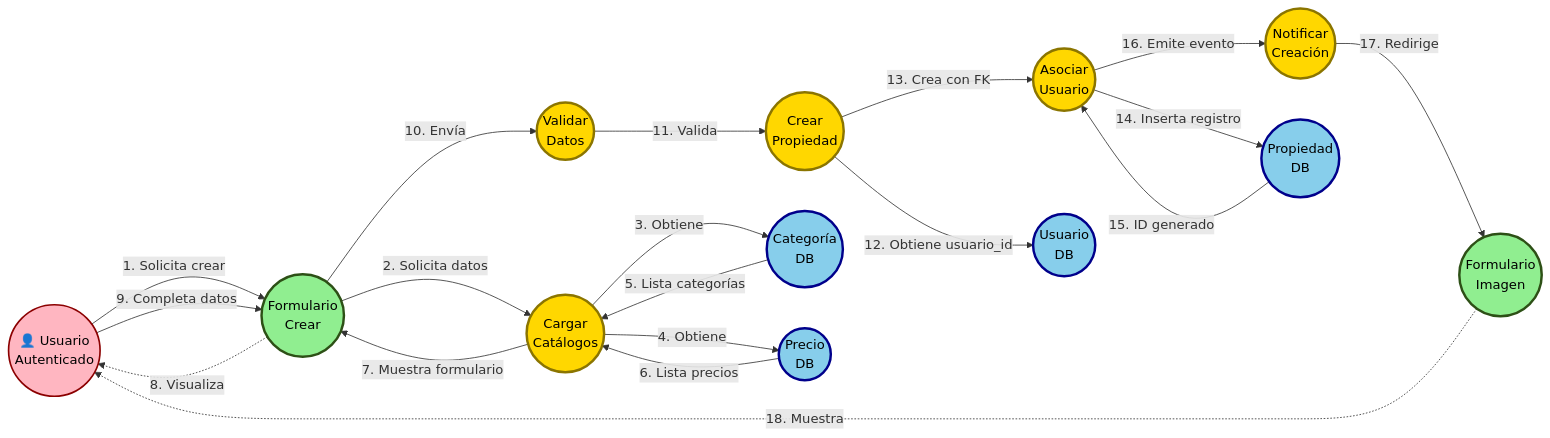
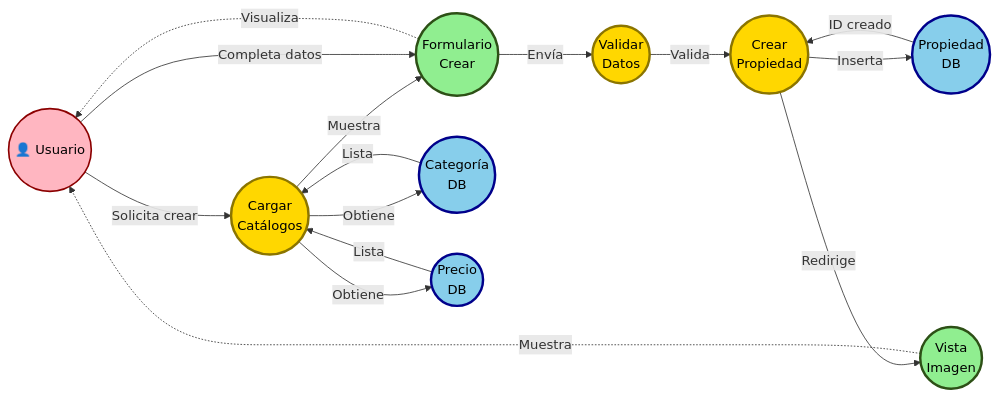
The third of 5 diagrams in diagrama-robustez-uml.md (cgala/TFI_HybridParking), drawn with Mermaid before and after one commit. The commit also changed other lines of this file and 1 other file, not shown here.

First line of the commit message:
Refactor: Optimizar diagramas de robustez UML

````diff
--- a/diagrama-robustez-uml.md
+++ b/diagrama-robustez-uml.md
@@ -169,51 +151,43 @@
 ```mermaid
 graph LR
-    Actor((👤 Usuario<br/>Autenticado))
+    Actor((👤 Usuario))
 
     %% BOUNDARIES
     B1((Formulario<br/>Crear))
-    B2((Formulario<br/>Imagen))
+    B2((Vista<br/>Imagen))
 
     %% CONTROLS
     C1((Cargar<br/>Catálogos))
     C2((Validar<br/>Datos))
     C3((Crear<br/>Propiedad))
-    C4((Asociar<br/>Usuario))
-    C5((Notificar<br/>Creación))
 
     %% ENTITIES
     E1((Categoría<br/>DB))
     E2((Precio<br/>DB))
     E3((Propiedad<br/>DB))
-    E4((Usuario<br/>DB))
 
-    Actor -->|1. Solicita crear| B1
-    B1 -->|2. Solicita datos| C1
-    C1 -->|3. Obtiene| E1
-    C1 -->|4. Obtiene| E2
-    E1 -->|5. Lista categorías| C1
-    E2 -->|6. Lista precios| C1
-    C1 -->|7. Muestra formulario| B1
-    B1 -.->|8. Visualiza| Actor
-
-    Actor -->|9. Completa datos| B1
-    B1 -->|10. Envía| C2
-    C2 -->|11. Valida| C3
-    C3 -->|12. Obtiene usuario_id| E4
-    C3 -->|13. Crea con FK| C4
-    C4 -->|14. Inserta registro| E3
-    E3 -->|15. ID generado| C4
-    C4 -->|16. Emite evento| C5
-    C5 -->|17. Redirige| B2
-    B2 -.->|18. Muestra| Actor
+    Actor -->|Solicita crear| C1
+    C1 -->|Obtiene| E1
+    C1 -->|Obtiene| E2
+    E1 -->|Lista| C1
+    E2 -->|Lista| C1
+    C1 -->|Muestra| B1
+    B1 -.->|Visualiza| Actor
+    Actor -->|Completa datos| B1
+    B1 -->|Envía| C2
+    C2 -->|Valida| C3
+    C3 -->|Inserta| E3
+    E3 -->|ID creado| C3
+    C3 -->|Redirige| B2
+    B2 -.->|Muestra| Actor
 
     classDef boundary fill:#90EE90,stroke:#2d5016,stroke-width:3px,color:#000
     classDef control fill:#FFD700,stroke:#8B7500,stroke-width:3px,color:#000
     classDef entity fill:#87CEEB,stroke:#00008B,stroke-width:3px,color:#000
     classDef actor fill:#FFB6C1,stroke:#8B0000,stroke-width:2px,color:#000
 
     class B1,B2 boundary
-    class C1,C2,C3,C4,C5 control
-    class E1,E2,E3,E4 entity
+    class C1,C2,C3 control
+    class E1,E2,E3 entity
     class Actor actor
 ```
````
